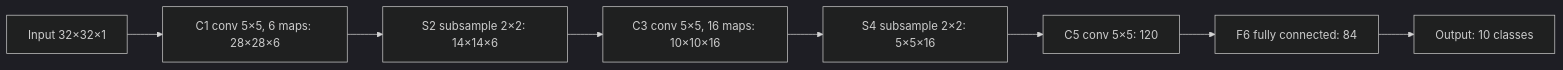
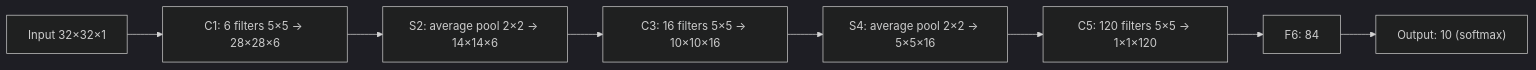
Before and after one commit to TrendySloth1001/sem-seven-notes: the diagram in content/deep-learning/pyq/2023-12/q6a.hi.mdx, drawn with Mermaid (dark theme). The commit also changed other lines of this file and 186 other files, not shown here.

````diff
--- a/content/deep-learning/pyq/2023-12/q6a.hi.mdx
+++ b/content/deep-learning/pyq/2023-12/q6a.hi.mdx
@@ -22,11 +11,11 @@
 ```mermaid
-%% caption: LeNet-5, har layer ke baad data ka size.
+%% caption: LeNet-5 layer by layer, har layer ke baad shape ke saath.
 flowchart LR
-  A["Input 32×32×1"] --> B["C1 conv 5×5, 6 maps: 28×28×6"]
-  B --> C["S2 subsample 2×2: 14×14×6"]
-  C --> D["C3 conv 5×5, 16 maps: 10×10×16"]
-  D --> E["S4 subsample 2×2: 5×5×16"]
-  E --> F["C5 conv 5×5: 120"]
-  F --> G["F6 fully connected: 84"]
-  G --> H["Output: 10 classes"]
+  A["Input 32×32×1"] --> B["C1: 6 filters 5×5 → 28×28×6"]
+  B --> C["S2: average pool 2×2 → 14×14×6"]
+  C --> D["C3: 16 filters 5×5 → 10×10×16"]
+  D --> E["S4: average pool 2×2 → 5×5×16"]
+  E --> F["C5: 120 filters 5×5 → 1×1×120"]
+  F --> G["F6: 84"]
+  G --> H["Output: 10 (softmax)"]
 ```
````
